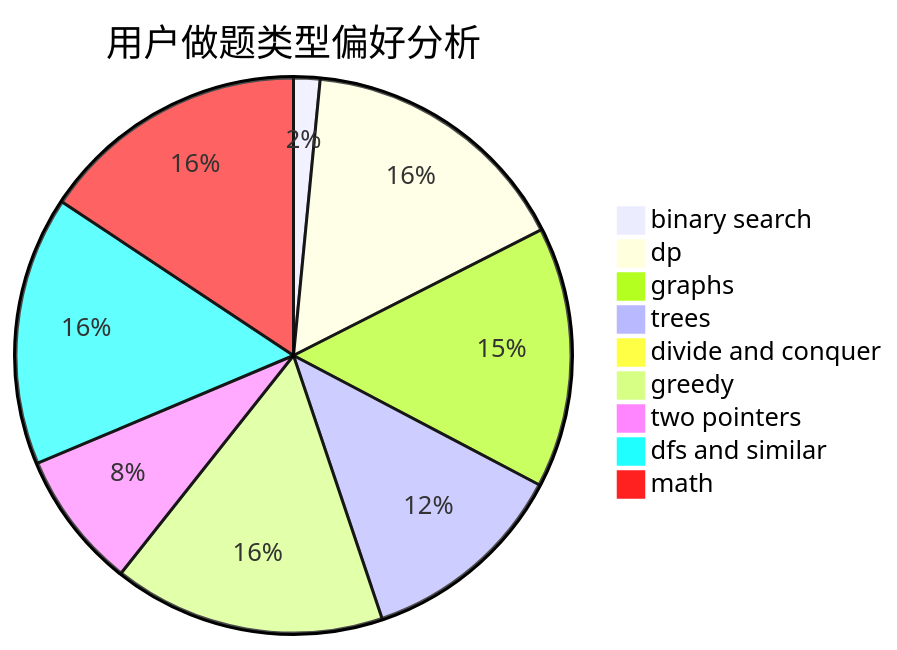
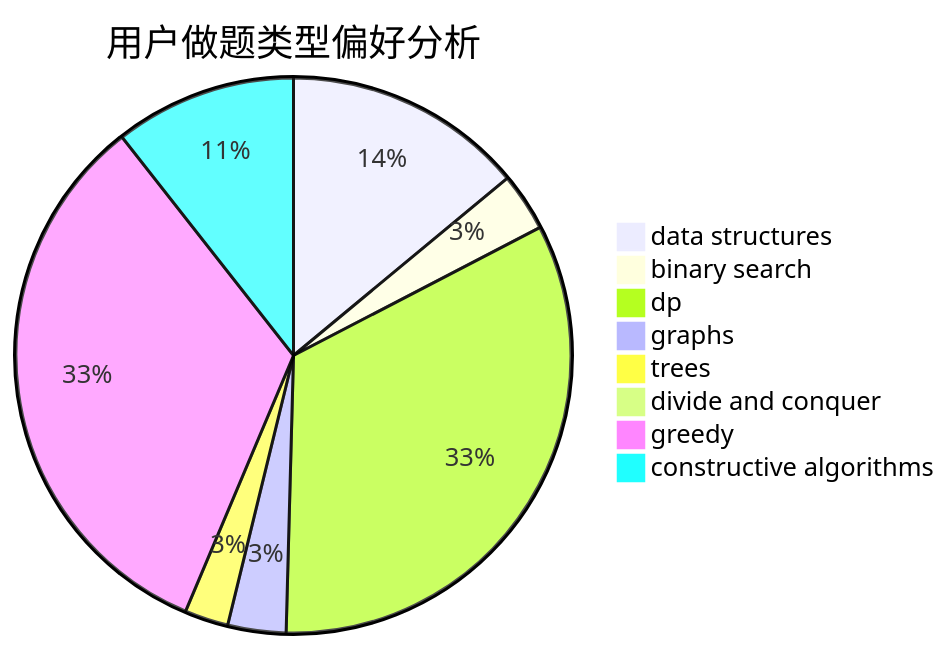
The second of 3 diagrams in docs/user/u1707.md (sherpahu/cfrs.github.io), drawn with Mermaid before and after one commit. The commit also changed other lines of this file and 2775 other files, not shown here.

````diff
--- a/docs/user/u1707.md
+++ b/docs/user/u1707.md
@@ -23,12 +23,11 @@
 ```mermaid
 pie title 用户做题类型偏好分析
-    "binary search" :  19
-    "dp" :  198
-    "graphs" :  188
-    "trees" :  150
+    "data structures" :  33
+    "binary search" :  8
+    "dp" :  78
+    "graphs" :  8
+    "trees" :  6
     "divide and conquer" :  0
-    "greedy" :  196
-    "two pointers" :  99
-    "dfs and similar" :  194
-    "math" :  194
+    "greedy" :  78
+    "constructive algorithms" :  25
 ```
````
